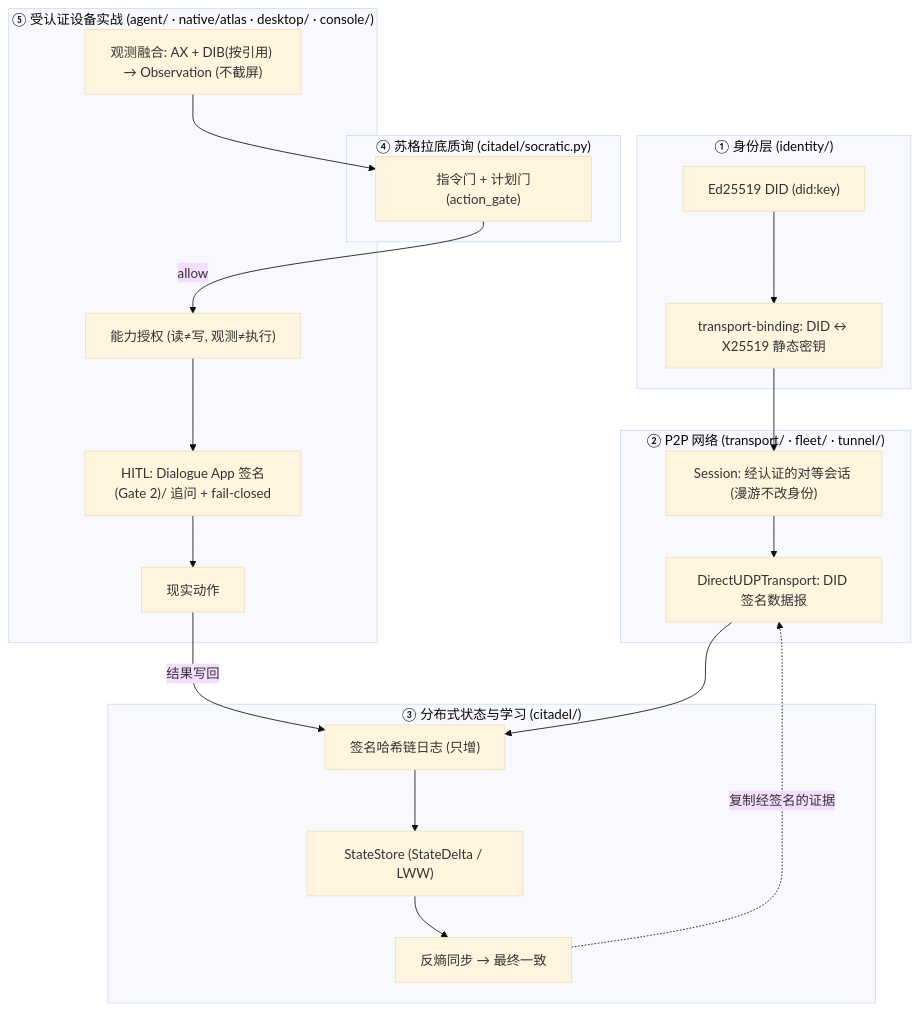
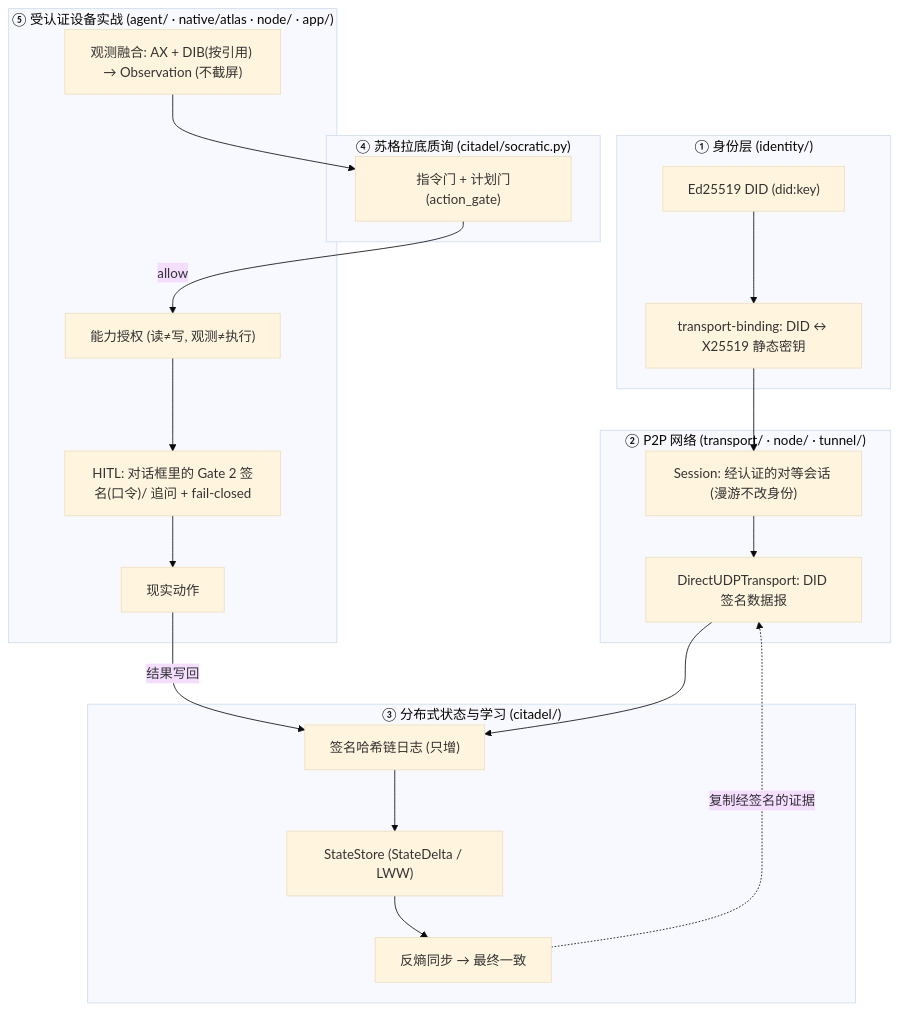
One commit to Larrydev-cpp/secdogie changed the diagram in ARCHITECTURE.zh.md. Above: the diagram before and after it, drawn with Mermaid (base theme). The commit also changed other lines of this file and 72 other files, not shown here.

````diff
--- a/ARCHITECTURE.zh.md
+++ b/ARCHITECTURE.zh.md
@@ -153,31 +156,31 @@
 ```mermaid
 flowchart TB
     subgraph ID["① 身份层 (identity/)"]
         did["Ed25519 DID (did:key)"]
         bind["transport-binding: DID ↔ X25519 静态密钥"]
         did --> bind
     end
-    subgraph NET["② P2P 网络 (transport/ · fleet/ · tunnel/)"]
+    subgraph NET["② P2P 网络 (transport/ · node/ · tunnel/)"]
         sess["Session: 经认证的对等会话 (漫游不改身份)"]
         direct["DirectUDPTransport: DID 签名数据报"]
         bind --> sess --> direct
     end
     subgraph STATE["③ 分布式状态与学习 (citadel/)"]
         jrnl["签名哈希链日志 (只增)"]
         store["StateStore (StateDelta / LWW)"]
         sync["反熵同步 → 最终一致"]
         direct --> jrnl --> store --> sync
         sync -.->|复制经签名的证据| direct
     end
     subgraph MIND["④ 苏格拉底质询 (citadel/socratic.py)"]
         gate["指令门 + 计划门(action_gate)"]
     end
-    subgraph ACT["⑤ 受认证设备实战 (agent/ · native/atlas · desktop/ · console/)"]
+    subgraph ACT["⑤ 受认证设备实战 (agent/ · native/atlas · node/ · app/)"]
         obs["观测融合: AX + DIB(按引用) → Observation (不截屏)"]
         cap["能力授权 (读≠写, 观测≠执行)"]
-        hitl["HITL: Dialogue App 签名(Gate 2)/ 追问 + fail-closed"]
+        hitl["HITL: 对话框里的 Gate 2 签名(口令)/ 追问 + fail-closed"]
         obs --> gate
         gate -->|allow| cap --> hitl --> world["现实动作"]
         world -->|结果写回| jrnl
     end
 ```
````
